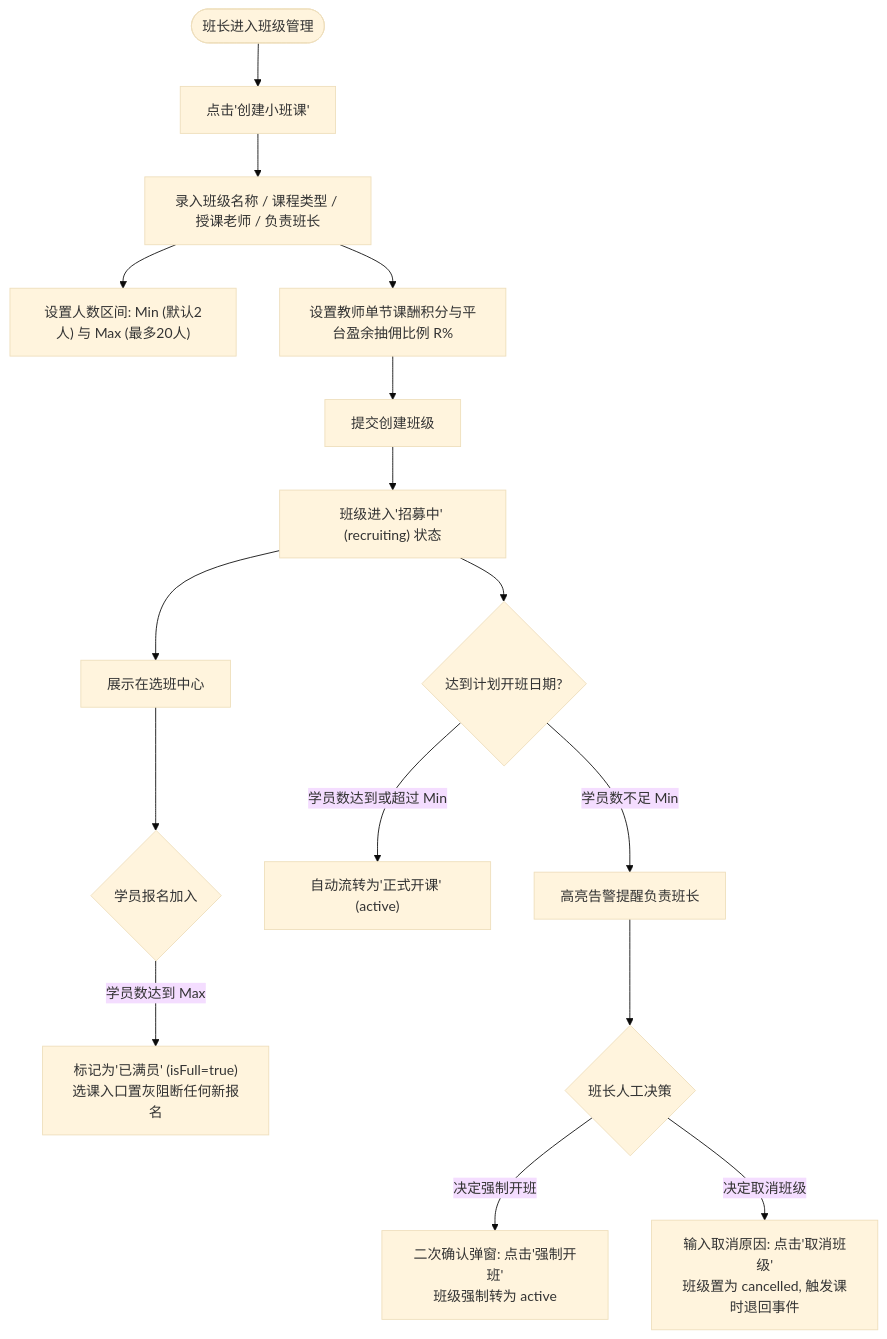
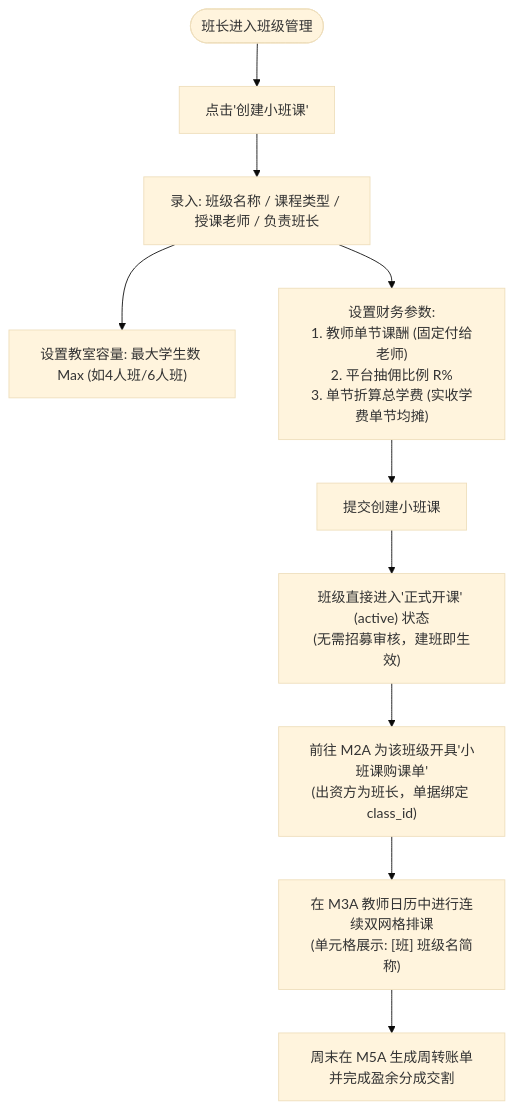
Before and after one commit to Onezao/dream: the diagram in docs/prd/m1c_classes.md, drawn with Mermaid (base theme). The commit also changed other lines of this file and 30 other files, not shown here.

Commit message:
feat: update courseware PRD, renewal HOLD specs, calendar grid booking flow and prototype refinements

````diff
--- a/docs/prd/m1c_classes.md
+++ b/docs/prd/m1c_classes.md
@@ -46,22 +50,14 @@
 ```mermaid
 flowchart TD
     Start(["班长进入班级管理"]) --> CreateClick["点击'创建小班课'"]
-    CreateClick --> InputConfig["录入班级名称 / 课程类型 / 授课老师 / 负责班长"]
-    InputConfig --> SetCapacity["设置人数区间: Min (默认2人) 与 Max (最多20人)"]
-    InputConfig --> SetFinance["设置教师单节课酬积分与平台盈余抽佣比例 R%"]
+    CreateClick --> InputConfig["录入: 班级名称 / 课程类型 / 授课老师 / 负责班长"]
+    InputConfig --> SetCapacity["设置教室容量: 最大学生数 Max (如4人班/6人班)"]
+    InputConfig --> SetFinance["设置财务参数:\n1. 教师单节课酬 (固定付给老师)\n2. 平台抽佣比例 R%\n3. 单节折算总学费 (实收学费单节均摊)"]
     
-    SetFinance --> SubmitClass["提交创建班级"]
-    SubmitClass --> StatusRecruiting["班级进入'招募中' (recruiting) 状态"]
-    StatusRecruiting --> PublicDisplay["展示在选班中心"]
+    SetFinance --> SubmitClass["提交创建小班课"]
+    SubmitClass --> StatusActive["班级直接进入'正式开课' (active) 状态\n(无需招募审核，建班即生效)"]
     
-    PublicDisplay --> CheckEnrollment{"学员报名加入"}
-    CheckEnrollment -->|"学员数达到 Max"| SetFull["标记为'已满员' (isFull=true)<br/>选课入口置灰阻断任何新报名"]
-    
-    StatusRecruiting --> ReachStartDate{"达到计划开班日期?"}
-    ReachStartDate -->|"学员数达到或超过 Min"| AutoActive["自动流转为'正式开课' (active)"]
-    
-    ReachStartDate -->|"学员数不足 Min"| TriggerAlert["高亮告警提醒负责班长"]
-    TriggerAlert --> MonitorDecision{"班长人工决策"}
-    MonitorDecision -->|"决定强制开班"| ForceStart["二次确认弹窗: 点击'强制开班'<br/>班级强制转为 active"]
-    MonitorDecision -->|"决定取消班级"| CancelClass["输入取消原因: 点击'取消班级'<br/>班级置为 cancelled, 触发课时退回事件"]
+    StatusActive --> PurchaseOrder["前往 M2A 为该班级开具'小班课购课单'\n(出资方为班长，单据绑定 class_id)"]
+    PurchaseOrder --> ScheduleCalendar["在 M3A 教师日历中进行连续双网格排课\n(单元格展示: [班] 班级名简称)"]
+    ScheduleCalendar --> WeeklySettlement["周末在 M5A 生成周转账单并完成盈余分成交割"]
 ```
````
